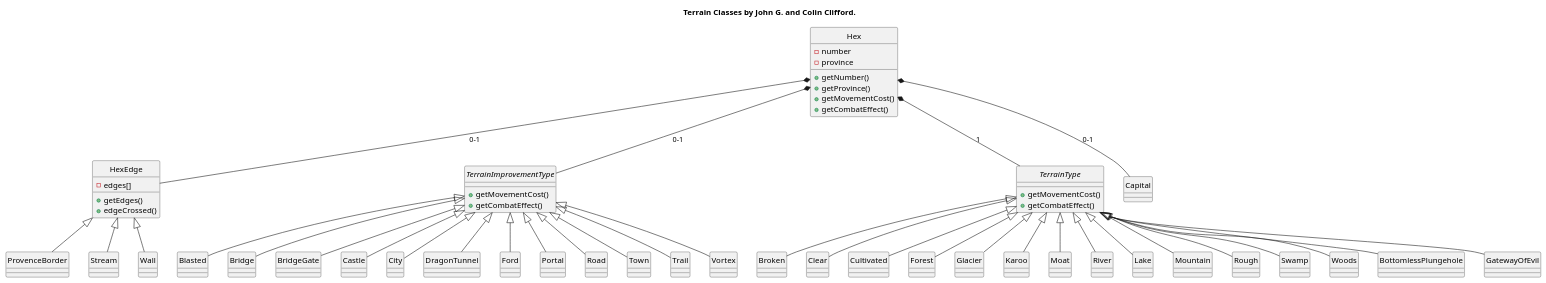
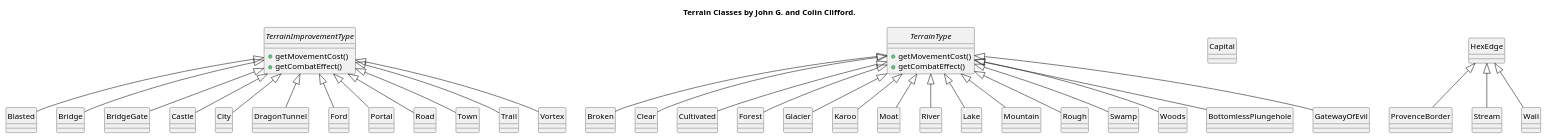
One commit to cjeffery/sworsorc changed the diagram in doc/hw3/B/ClassDiagrams/TerrainClasses.pu. Above: the diagram before and after it, drawn with PlantUML. The commit also changed 4 other files, not shown here.

```diff
--- a/doc/hw3/B/ClassDiagrams/TerrainClasses.pu
+++ b/doc/hw3/B/ClassDiagrams/TerrainClasses.pu
@@ -1,98 +1,78 @@
 @startuml
 title Terrain Classes by John G. and Colin Clifford.
 hide circle
-
-class Hex {
--number
--province
-+getNumber()
-+getProvince()
-+getMovementCost()
-+getCombatEffect()
-}
-
-class HexEdge {
--edges[]
-+getEdges()
-+edgeCrossed()
-}
 
 interface TerrainImprovementType {
 +getMovementCost()
 +getCombatEffect()
 }
 
 interface TerrainType {
 +getMovementCost()
 +getCombatEffect()
 }
 
 class Blasted
 class Bridge
 class BridgeGate
 class Broken
 class Capital
 class Castle
 class City
 class Clear
 class Cultivated
 class DragonTunnel
 class Ford
 class Forest
 class Glacier
 class Karoo
 class Moat
 class River
 class Lake
 class Mountain
 class Portal
 class ProvenceBorder
 class Road
 class Rough
 class Stream
 class Swamp
 class Town
 class Trail
 class Vortex
 class Wall
 class Woods
 
-Hex *-- TerrainType : 1
-Hex *-- TerrainImprovementType : 0-1
-Hex *-- Capital : 0-1
-Hex *-- HexEdge : 0-1
-
 TerrainImprovementType <|-- Blasted
 TerrainImprovementType <|-- Bridge
 TerrainImprovementType <|-- BridgeGate
 TerrainImprovementType <|-- Castle
 TerrainImprovementType <|-- City
 TerrainImprovementType <|-- DragonTunnel
 TerrainImprovementType <|-- Ford
 TerrainImprovementType <|-- Portal
 TerrainImprovementType <|-- Road
 TerrainImprovementType <|-- Town
 TerrainImprovementType <|-- Trail
 TerrainImprovementType <|-- Vortex
 
 TerrainType <|-- Broken
 TerrainType <|-- Clear
 TerrainType <|-- Cultivated
 TerrainType <|-- Forest
 TerrainType <|-- Glacier
 TerrainType <|-- Karoo
 TerrainType <|-- River
 TerrainType <|-- Lake
 TerrainType <|-- Moat
 TerrainType <|-- Mountain
 TerrainType <|-- Rough
 TerrainType <|-- Swamp
 TerrainType <|-- Woods
 TerrainType <|-- BottomlessPlungehole
 TerrainType <|-- GatewayOfEvil
 
 HexEdge <|-- ProvenceBorder
 HexEdge <|-- Stream
 HexEdge <|-- Wall
 
 @enduml
```
